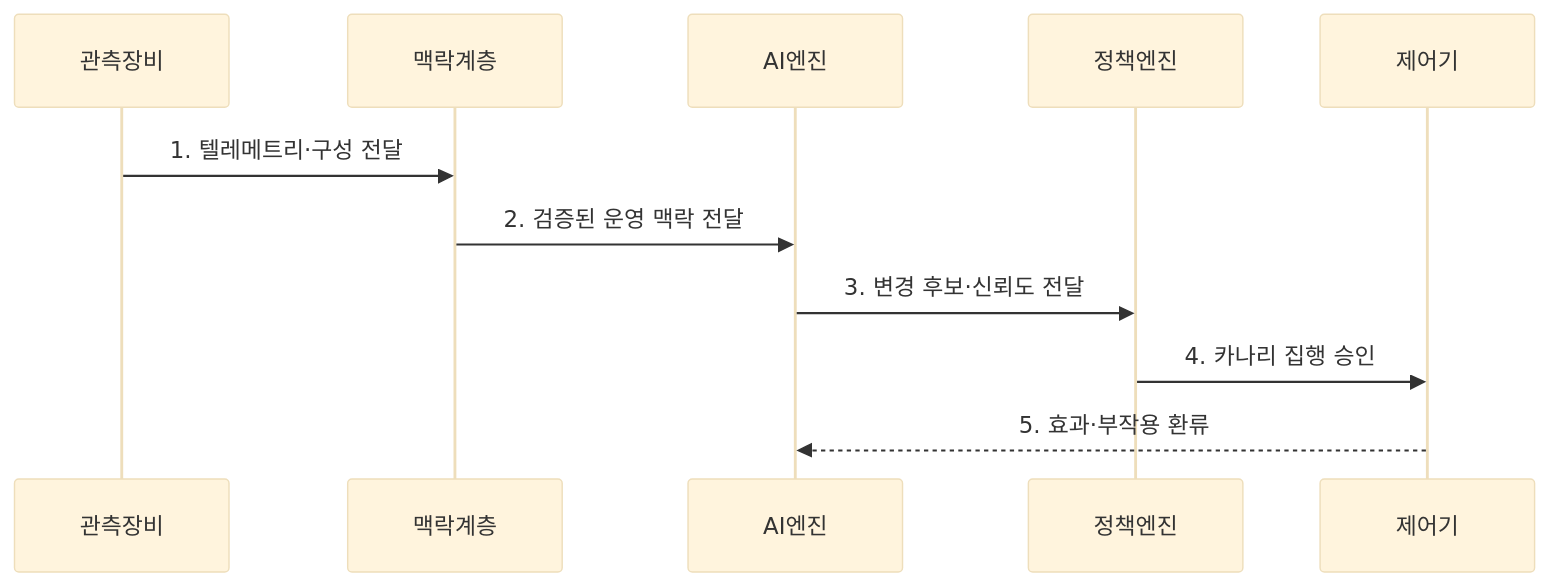
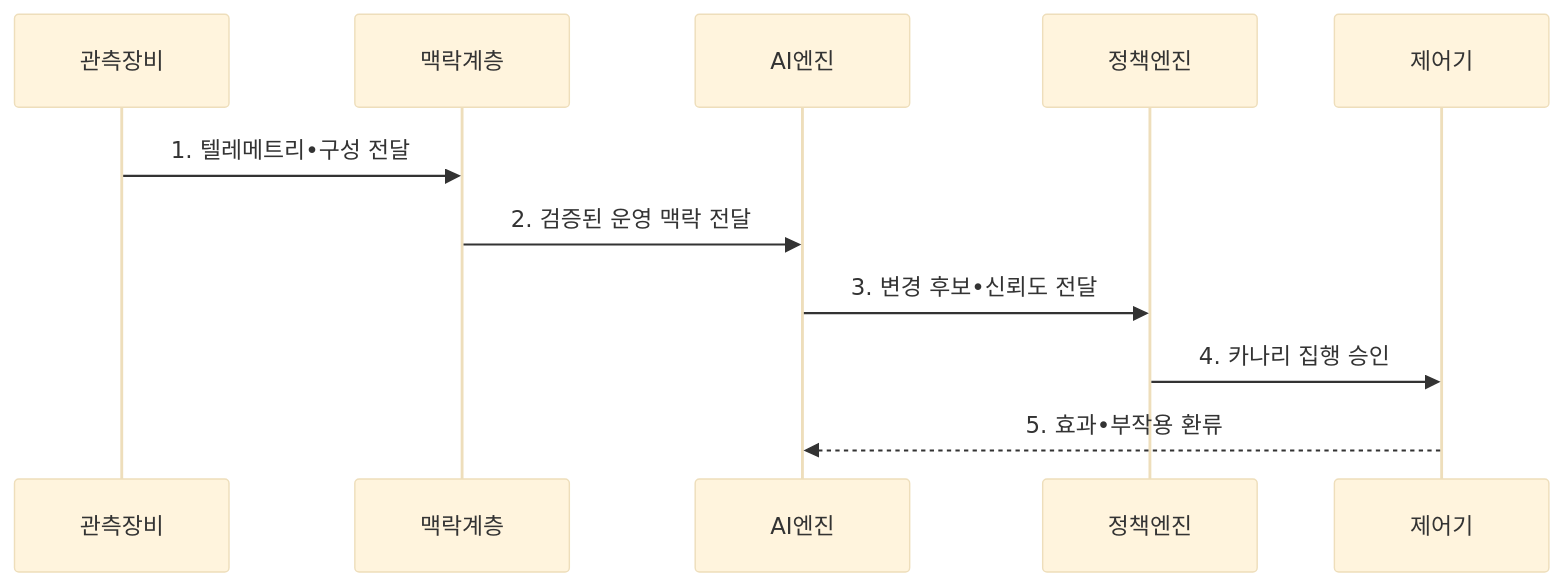
Before and after one commit to agnusdei1207/knowledge-base: the second of 2 diagrams in src/content/docs/notes/04-network/098_ai_native_networking.md, drawn with Mermaid (base theme). The commit also changed other lines of this file and 953 other files, not shown here.

````diff
--- a/src/content/docs/notes/04-network/098_ai_native_networking.md
+++ b/src/content/docs/notes/04-network/098_ai_native_networking.md
@@ -102,13 +102,13 @@
 ```mermaid
 sequenceDiagram
     participant 관측장비
     participant 맥락계층
     participant AI엔진
     participant 정책엔진
     participant 제어기
-    관측장비->>맥락계층: 1. 텔레메트리·구성 전달
+    관측장비->>맥락계층: 1. 텔레메트리•구성 전달
     맥락계층->>AI엔진: 2. 검증된 운영 맥락 전달
-    AI엔진->>정책엔진: 3. 변경 후보·신뢰도 전달
+    AI엔진->>정책엔진: 3. 변경 후보•신뢰도 전달
     정책엔진->>제어기: 4. 카나리 집행 승인
-    제어기-->>AI엔진: 5. 효과·부작용 환류
+    제어기-->>AI엔진: 5. 효과•부작용 환류
 ```
````
